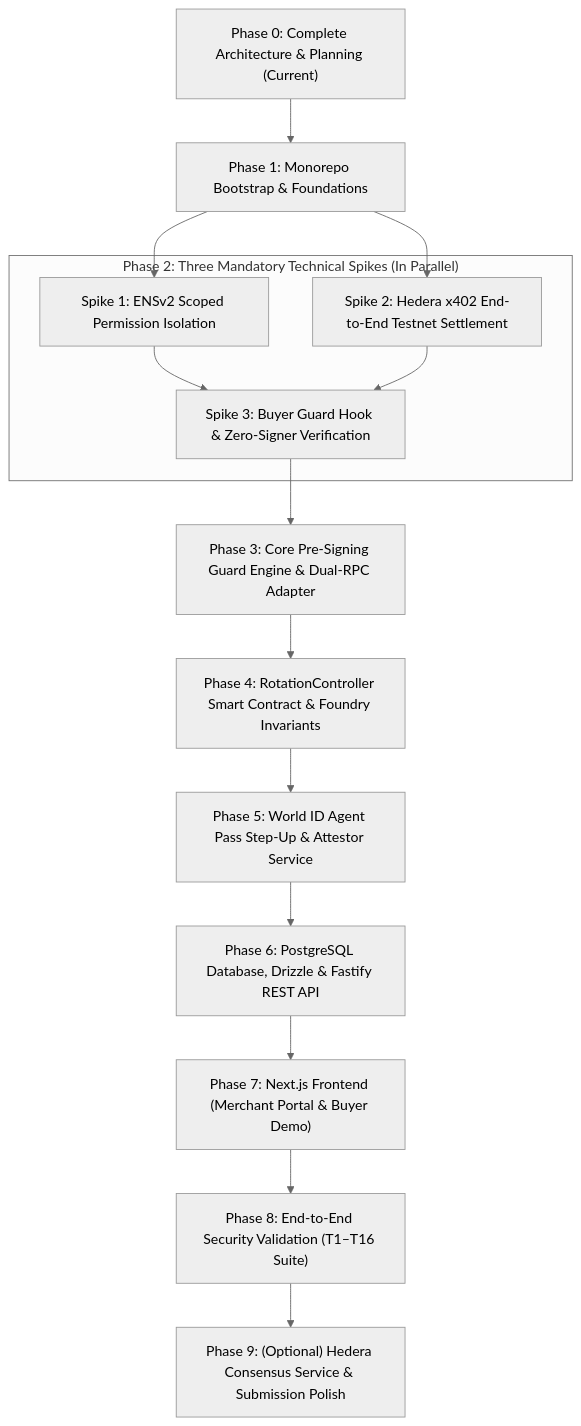
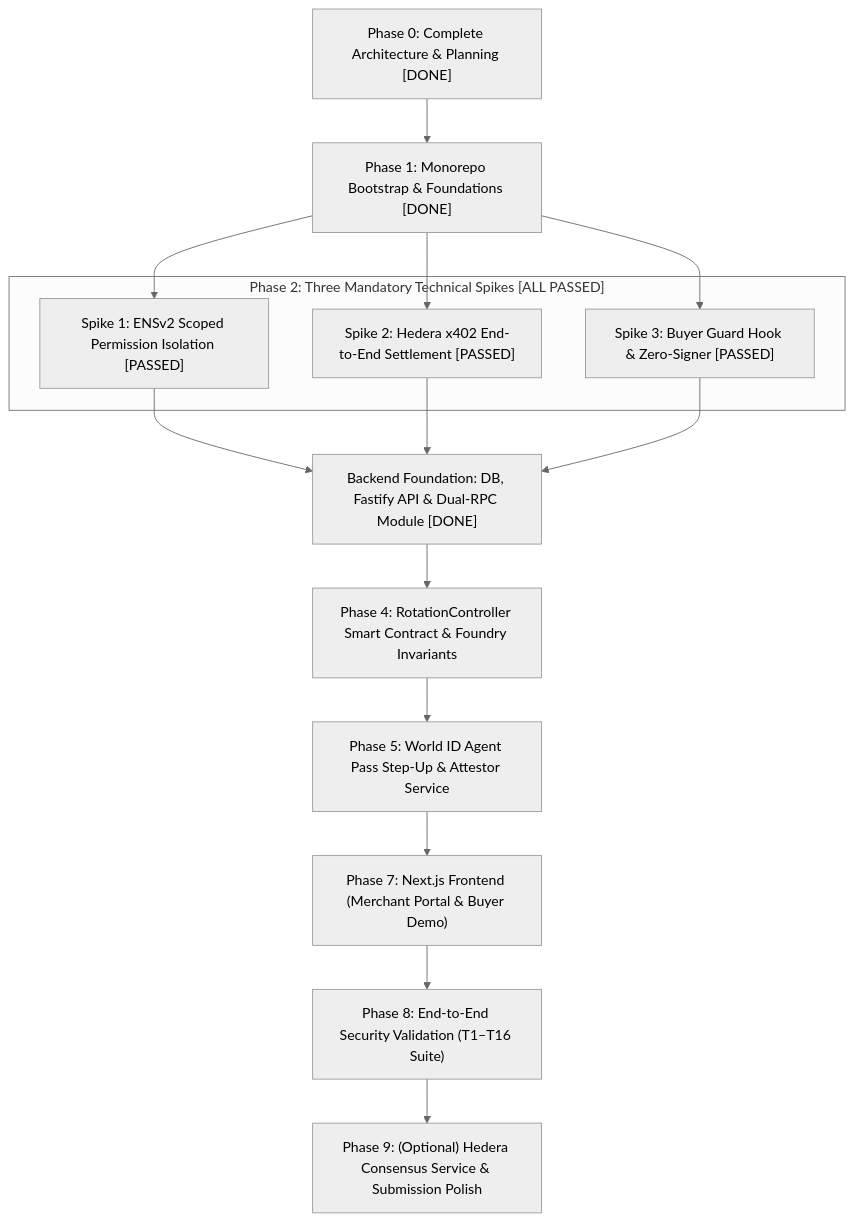
The diagram in docs/implementation-roadmap.md (YEsh-DEV/guardrailpay), drawn with Mermaid (neutral theme) before and after one commit. The commit also changed other lines of this file and 49 other files, not shown here.

Commit message:
feat(backend): Backend foundation, Drizzle schemas, Fastify API, and ENSv2 live module

````diff
--- a/docs/implementation-roadmap.md
+++ b/docs/implementation-roadmap.md
@@ -14,32 +14,31 @@
 ```mermaid
 flowchart TD
-    P0["Phase 0: Complete Architecture & Planning (Current)"]
-    P1["Phase 1: Monorepo Bootstrap & Foundations"]
+    P0["Phase 0: Complete Architecture & Planning [DONE]"]
+    P1["Phase 1: Monorepo Bootstrap & Foundations [DONE]"]
     
-    subgraph Spikes ["Phase 2: Three Mandatory Technical Spikes (In Parallel)"]
-        S1["Spike 1: ENSv2 Scoped Permission Isolation"]
-        S2["Spike 2: Hedera x402 End-to-End Testnet Settlement"]
-        S3["Spike 3: Buyer Guard Hook & Zero-Signer Verification"]
+    subgraph Spikes ["Phase 2: Three Mandatory Technical Spikes [ALL PASSED]"]
+        S1["Spike 1: ENSv2 Scoped Permission Isolation [PASSED]"]
+        S2["Spike 2: Hedera x402 End-to-End Settlement [PASSED]"]
+        S3["Spike 3: Buyer Guard Hook & Zero-Signer [PASSED]"]
     end
 
-    P3["Phase 3: Core Pre-Signing Guard Engine & Dual-RPC Adapter"]
+    P6F["Backend Foundation: DB, Fastify API & Dual-RPC Module [DONE]"]
     P4["Phase 4: RotationController Smart Contract & Foundry Invariants"]
     P5["Phase 5: World ID Agent Pass Step-Up & Attestor Service"]
-    P6["Phase 6: PostgreSQL Database, Drizzle & Fastify REST API"]
     P7["Phase 7: Next.js Frontend (Merchant Portal & Buyer Demo)"]
     P8["Phase 8: End-to-End Security Validation (T1–T16 Suite)"]
     P9["Phase 9: (Optional) Hedera Consensus Service & Submission Polish"]
 
     P0 --> P1
     P1 --> S1
     P1 --> S2
-    S1 --> S3
-    S2 --> S3
-    S3 --> P3
-    P3 --> P4
+    P1 --> S3
+    S1 --> P6F
+    S2 --> P6F
+    S3 --> P6F
+    P6F --> P4
     P4 --> P5
-    P5 --> P6
-    P6 --> P7
+    P5 --> P7
     P7 --> P8
     P8 --> P9
 ```
````
